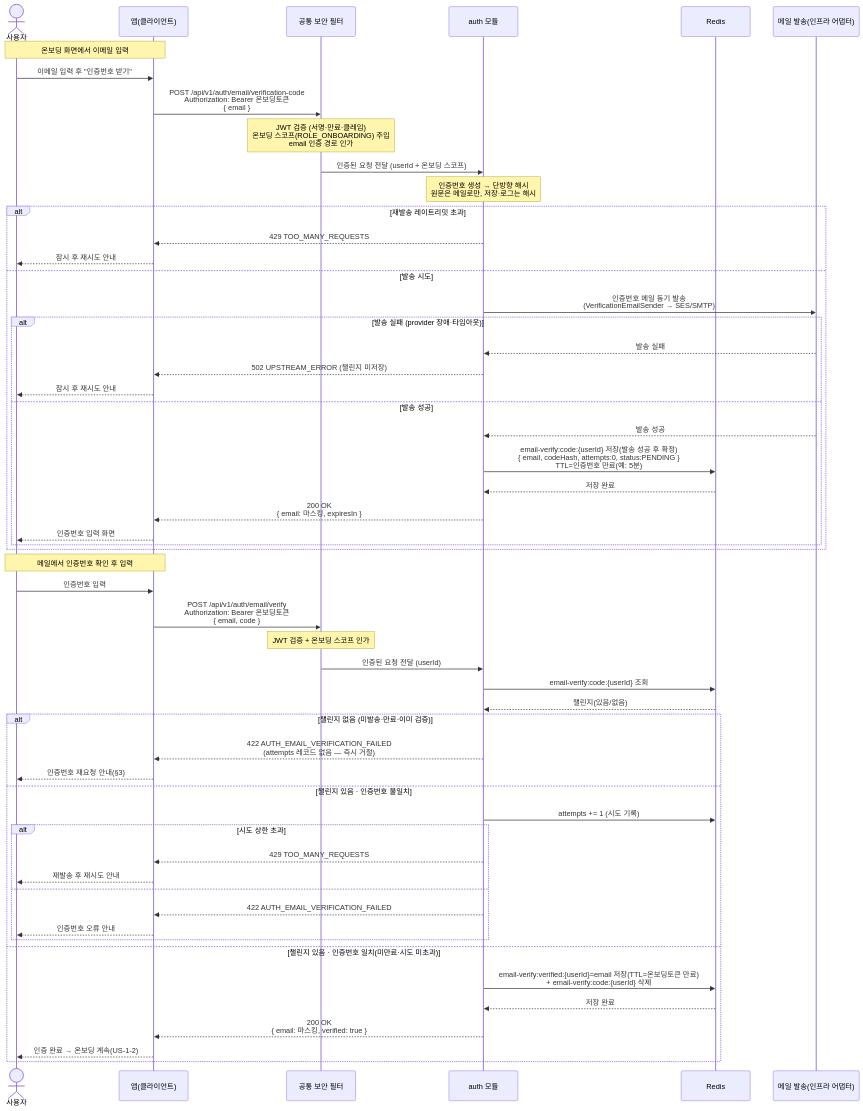
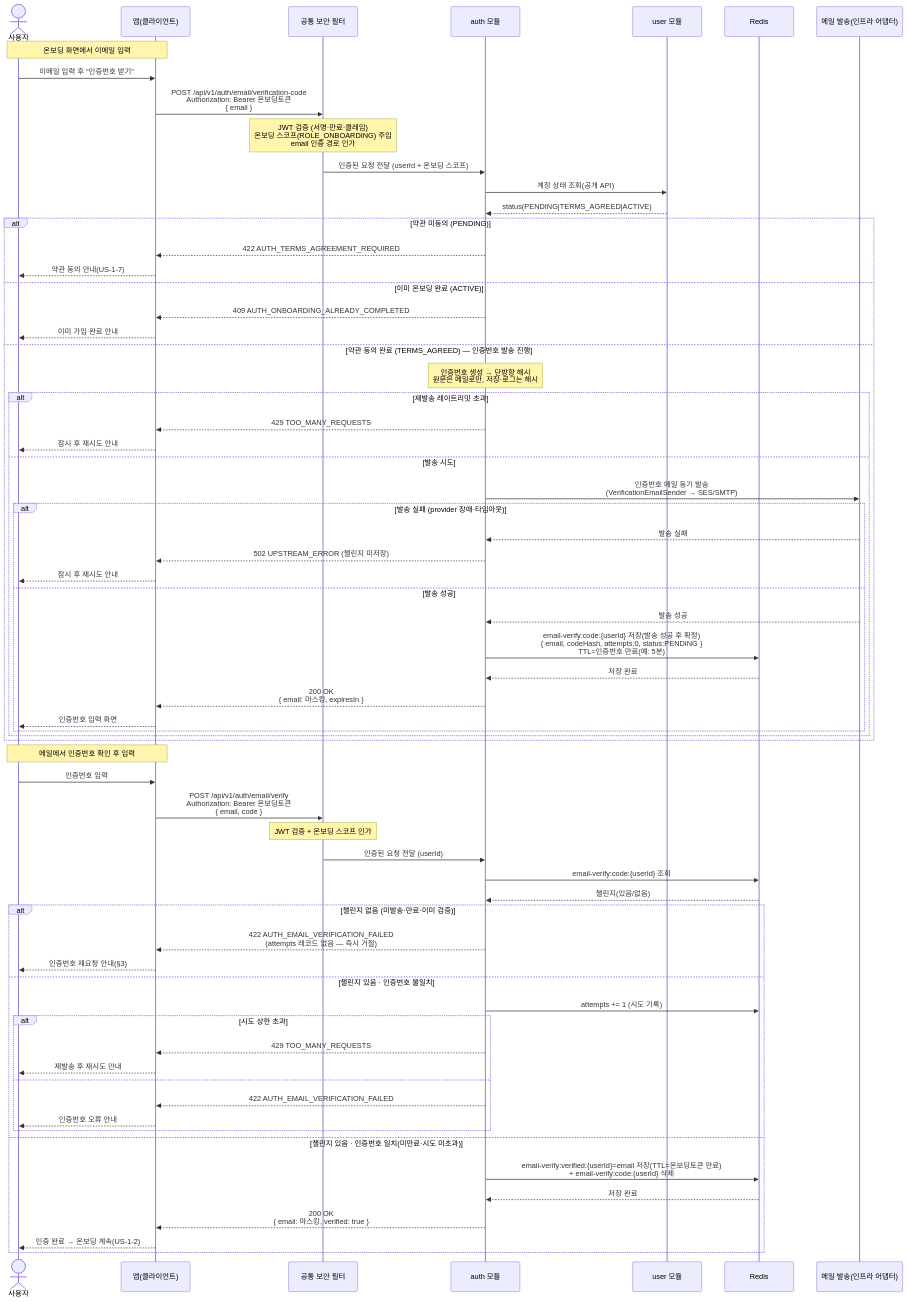
The diagram in docs/architecture/sequence-diagrams/01-auth-onboarding/us-1-6-email-verification.md (jameskim9509/Kohere-backend), drawn with Mermaid before and after one commit. The commit also changed other lines of this file and 23 other files, not shown here.

````diff
--- a/docs/architecture/sequence-diagrams/01-auth-onboarding/us-1-6-email-verification.md
+++ b/docs/architecture/sequence-diagrams/01-auth-onboarding/us-1-6-email-verification.md
@@ -7,59 +7,70 @@
 ```mermaid
 sequenceDiagram
     actor U as 사용자
     participant C as 앱(클라이언트)
     participant SEC as 공통 보안 필터
     participant AUTH as auth 모듈
+    participant USER as user 모듈
     participant RDS as Redis
     participant MAIL as 메일 발송(인프라 어댑터)
 
     Note over U,C: 온보딩 화면에서 이메일 입력
     U->>C: 이메일 입력 후 "인증번호 받기"
     C->>SEC: POST /api/v1/auth/email/verification-code<br/>Authorization: Bearer 온보딩토큰<br/>{ email }
     Note over SEC: JWT 검증 (서명·만료·클레임)<br/>온보딩 스코프(ROLE_ONBOARDING) 주입<br/>email 인증 경로 인가
     SEC->>AUTH: 인증된 요청 전달 (userId + 온보딩 스코프)
-    Note over AUTH: 인증번호 생성 → 단방향 해시<br/>원문은 메일로만, 저장·로그는 해시
-    alt 재발송 레이트리밋 초과
-        AUTH-->>C: 429 TOO_MANY_REQUESTS
-        C-->>U: 잠시 후 재시도 안내
-    else 발송 시도
-        AUTH->>MAIL: 인증번호 메일 동기 발송<br/>(VerificationEmailSender → SES/SMTP)
-        alt 발송 실패 (provider 장애·타임아웃)
-            MAIL-->>AUTH: 발송 실패
-            AUTH-->>C: 502 UPSTREAM_ERROR (챌린지 미저장)
+    AUTH->>USER: 계정 상태 조회(공개 API)
+    USER-->>AUTH: status(PENDING|TERMS_AGREED|ACTIVE)
+    alt 약관 미동의 (PENDING)
+        AUTH-->>C: 422 AUTH_TERMS_AGREEMENT_REQUIRED
+        C-->>U: 약관 동의 안내(US-1-7)
+    else 이미 온보딩 완료 (ACTIVE)
+        AUTH-->>C: 409 AUTH_ONBOARDING_ALREADY_COMPLETED
+        C-->>U: 이미 가입 완료 안내
+    else 약관 동의 완료 (TERMS_AGREED) — 인증번호 발송 진행
+        Note over AUTH: 인증번호 생성 → 단방향 해시<br/>원문은 메일로만, 저장·로그는 해시
+        alt 재발송 레이트리밋 초과
+            AUTH-->>C: 429 TOO_MANY_REQUESTS
             C-->>U: 잠시 후 재시도 안내
-        else 발송 성공
-            MAIL-->>AUTH: 발송 성공
-            AUTH->>RDS: email-verify:code:{userId} 저장(발송 성공 후 확정)<br/>{ email, codeHash, attempts:0, status:PENDING }<br/>TTL=인증번호 만료(예: 5분)
-            RDS-->>AUTH: 저장 완료
-            AUTH-->>C: 200 OK<br/>{ email: 마스킹, expiresIn }
-            C-->>U: 인증번호 입력 화면
+        else 발송 시도
+            AUTH->>MAIL: 인증번호 메일 동기 발송<br/>(VerificationEmailSender → SES/SMTP)
+            alt 발송 실패 (provider 장애·타임아웃)
+                MAIL-->>AUTH: 발송 실패
+                AUTH-->>C: 502 UPSTREAM_ERROR (챌린지 미저장)
+                C-->>U: 잠시 후 재시도 안내
+            else 발송 성공
+                MAIL-->>AUTH: 발송 성공
+                AUTH->>RDS: email-verify:code:{userId} 저장(발송 성공 후 확정)<br/>{ email, codeHash, attempts:0, status:PENDING }<br/>TTL=인증번호 만료(예: 5분)
+                RDS-->>AUTH: 저장 완료
+                AUTH-->>C: 200 OK<br/>{ email: 마스킹, expiresIn }
+                C-->>U: 인증번호 입력 화면
+            end
         end
     end
 
     Note over U,C: 메일에서 인증번호 확인 후 입력
     U->>C: 인증번호 입력
     C->>SEC: POST /api/v1/auth/email/verify<br/>Authorization: Bearer 온보딩토큰<br/>{ email, code }
     Note over SEC: JWT 검증 + 온보딩 스코프 인가
     SEC->>AUTH: 인증된 요청 전달 (userId)
     AUTH->>RDS: email-verify:code:{userId} 조회
     RDS-->>AUTH: 챌린지(있음/없음)
     alt 챌린지 없음 (미발송·만료·이미 검증)
         AUTH-->>C: 422 AUTH_EMAIL_VERIFICATION_FAILED<br/>(attempts 레코드 없음 — 즉시 거절)
         C-->>U: 인증번호 재요청 안내(§3)
     else 챌린지 있음 · 인증번호 불일치
         AUTH->>RDS: attempts += 1 (시도 기록)
         alt 시도 상한 초과
             AUTH-->>C: 429 TOO_MANY_REQUESTS
             C-->>U: 재발송 후 재시도 안내
         else
             AUTH-->>C: 422 AUTH_EMAIL_VERIFICATION_FAILED
             C-->>U: 인증번호 오류 안내
         end
     else 챌린지 있음 · 인증번호 일치(미만료·시도 미초과)
         AUTH->>RDS: email-verify:verified:{userId}=email 저장(TTL=온보딩토큰 만료)<br/>+ email-verify:code:{userId} 삭제
         RDS-->>AUTH: 저장 완료
         AUTH-->>C: 200 OK<br/>{ email: 마스킹, verified: true }
         C-->>U: 인증 완료 → 온보딩 계속(US-1-2)
     end
 ```
````
